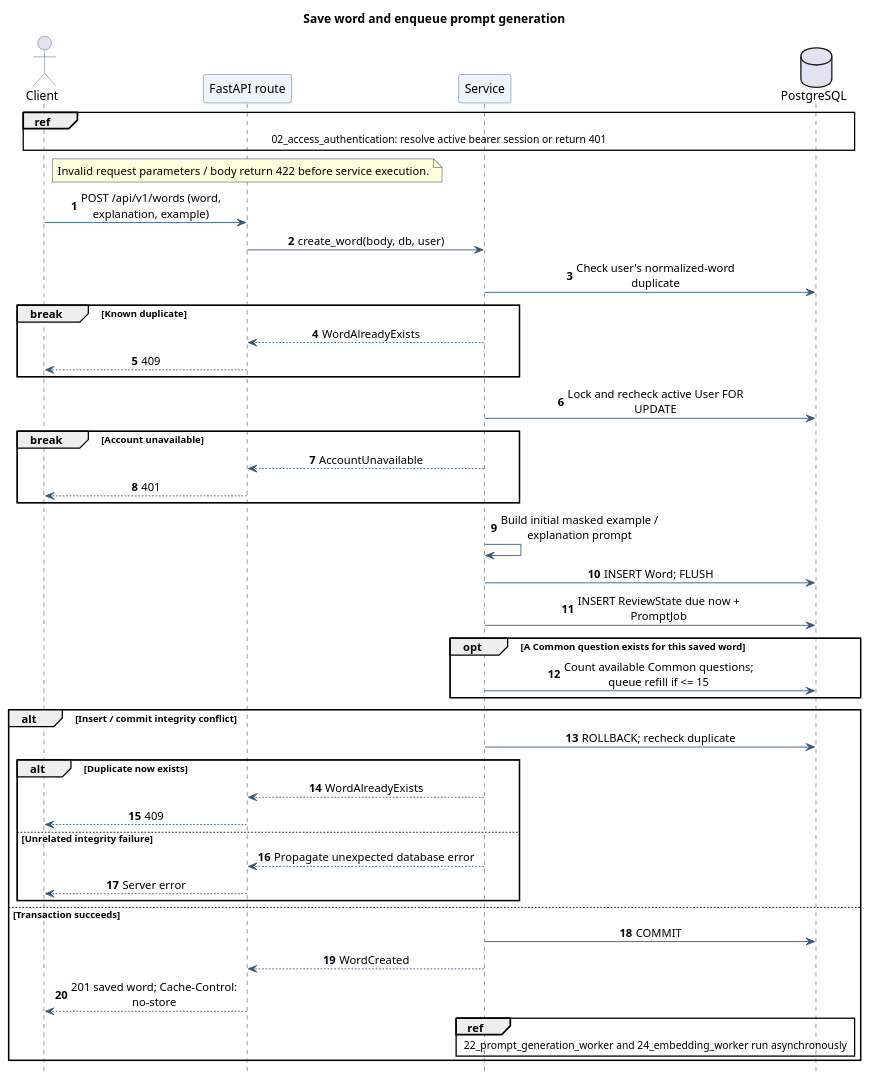
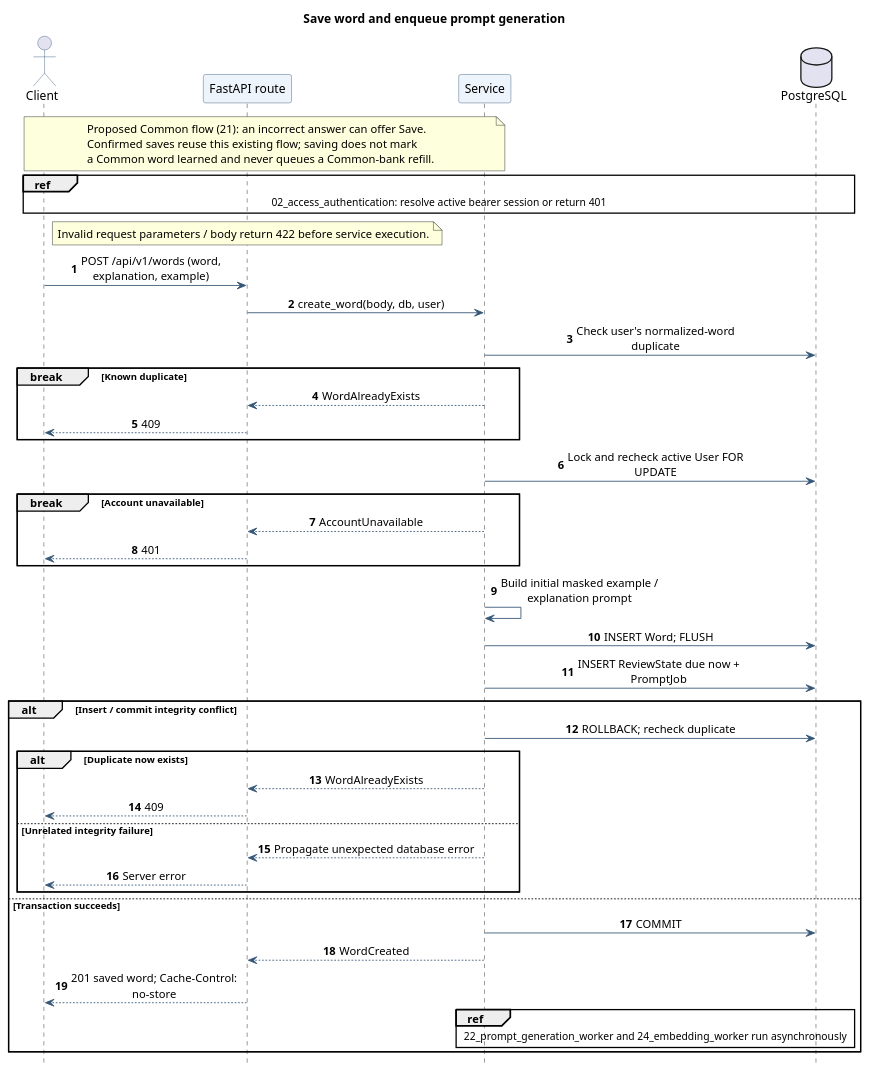
One commit to jerrynguyen0210/english-vocab-app changed the diagram in docs/diagrams/sequence_diagrams/11_words_create.puml. Above: the diagram before and after it, drawn with PlantUML. The commit also changed 93 other files, not shown here.

Commit message:
Add shared common word practice and bank tooling

```diff
--- a/docs/diagrams/sequence_diagrams/11_words_create.puml
+++ b/docs/diagrams/sequence_diagrams/11_words_create.puml
@@ -1,60 +1,63 @@
 @startuml
 skinparam shadowing false
 skinparam defaultFontName SansSerif
 skinparam sequenceMessageAlign center
 skinparam maxMessageSize 240
 skinparam ParticipantBackgroundColor #EEF4FB
 skinparam ParticipantBorderColor #355777
 skinparam ActorBorderColor #355777
 skinparam ArrowColor #355777
 hide footbox
 autonumber
 title Save word and enqueue prompt generation
 
 ' Sources relative to repository root:
 ' backend/app/api/routes/words.py
 ' backend/app/services/words.py
 ' backend/app/services/reviews/prompts.py
-' backend/app/services/common_word_bank.py
+
 
 actor Client
 participant "FastAPI route" as API
 participant "Service" as S
 database PostgreSQL as DB
+note over Client, S
+  Proposed Common flow (21): an incorrect answer can offer Save.
+  Confirmed saves reuse this existing flow; saving does not mark
+  a Common word learned and never queues a Common-bank refill.
+end note
+
 ref over Client, DB : 02_access_authentication: resolve active bearer session or return 401
 note over API : Invalid request parameters / body return 422 before service execution.
 
 Client -> API : POST /api/v1/words (word, explanation, example)
 API -> S : create_word(body, db, user)
 S -> DB : Check user's normalized-word duplicate
 break Known duplicate
   S --> API : WordAlreadyExists
   API --> Client : 409
 end
 S -> DB : Lock and recheck active User FOR UPDATE
 break Account unavailable
   S --> API : AccountUnavailable
   API --> Client : 401
 end
 S -> S : Build initial masked example / explanation prompt
 S -> DB : INSERT Word; FLUSH
 S -> DB : INSERT ReviewState due now + PromptJob
-opt A Common question exists for this saved word
-  S -> DB : Count available Common questions; queue refill if <= 15
-end
 alt Insert / commit integrity conflict
   S -> DB : ROLLBACK; recheck duplicate
   alt Duplicate now exists
     S --> API : WordAlreadyExists
     API --> Client : 409
   else Unrelated integrity failure
     S --> API : Propagate unexpected database error
     API --> Client : Server error
   end
 else Transaction succeeds
   S -> DB : COMMIT
   S --> API : WordCreated
   API --> Client : 201 saved word; Cache-Control: no-store
   ref over S, DB : 22_prompt_generation_worker and 24_embedding_worker run asynchronously
 end
 @enduml
```
